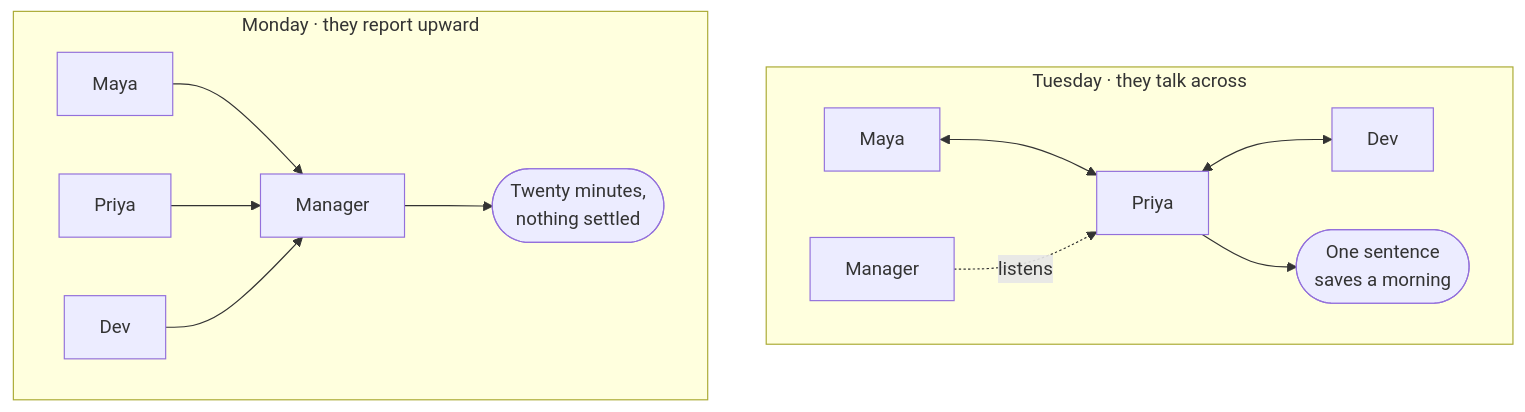
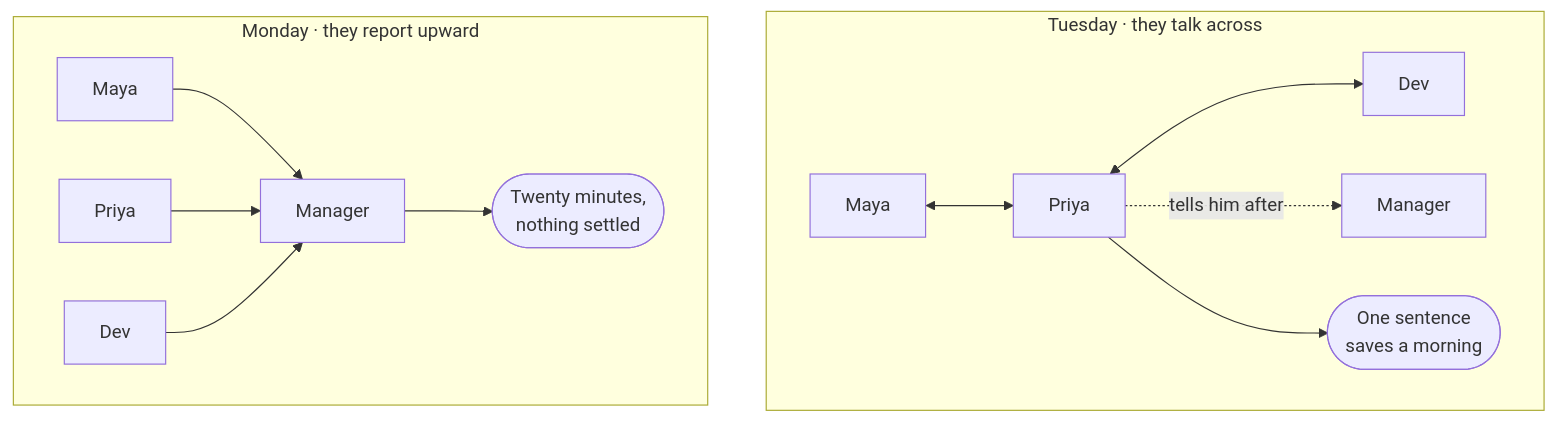
Before and after one commit to Laticent/lattice: the first of 19 diagrams in examples/system-design-foundations.md, drawn with Mermaid. The commit also changed other lines of this file and 2 other files, not shown here.

````diff
--- a/examples/system-design-foundations.md
+++ b/examples/system-design-foundations.md
@@ -207,17 +207,17 @@
 ```mermaid
 flowchart TB
   subgraph tue["Tuesday · they talk across"]
     direction LR
     T1["Maya"] <--> T2["Priya"]
     T2 <--> T3["Dev"]
-    T4["Manager"] -.->|"listens"| T2
+    T2 -.->|"tells him after"| T4["Manager"]
     T2 --> OUT2(["One sentence<br/>saves a morning"])
   end
   subgraph mon["Monday · they report upward"]
     direction LR
     M1["Maya"] --> MM["Manager"]
     M2["Priya"] --> MM
     M3["Dev"] --> MM
     MM --> OUT1(["Twenty minutes,<br/>nothing settled"])
   end
 ```
````
